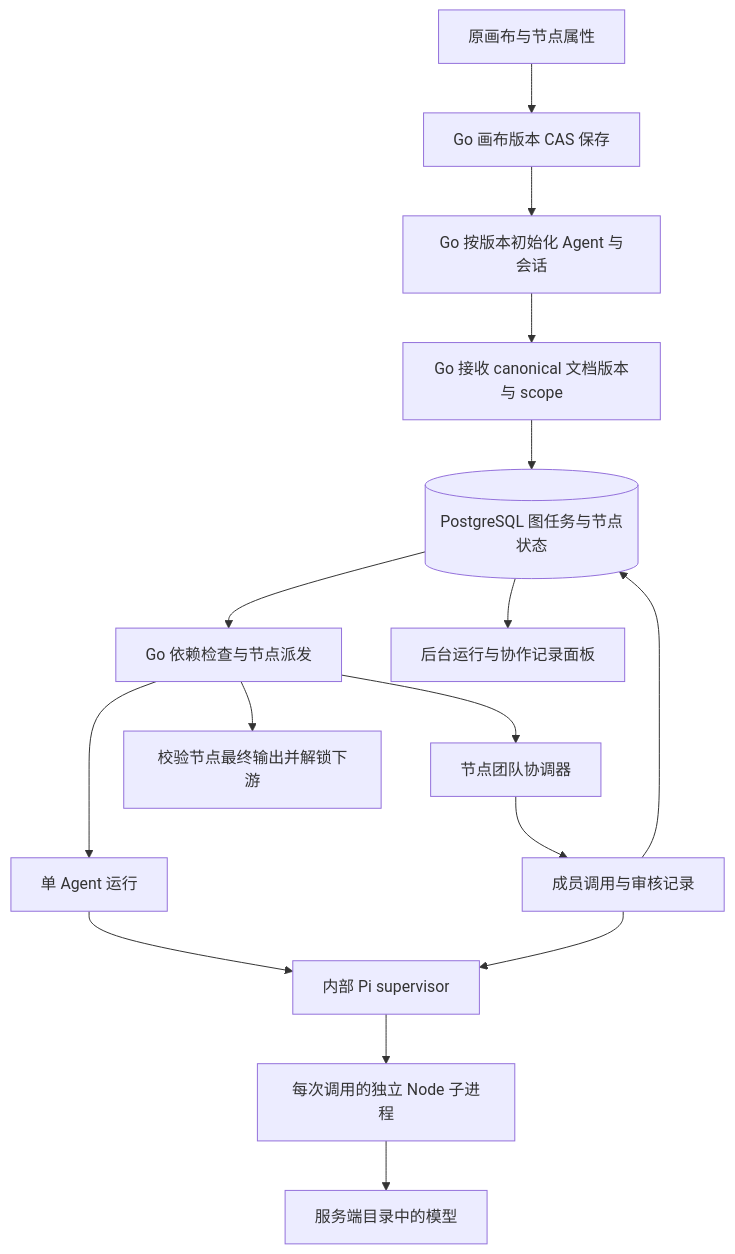
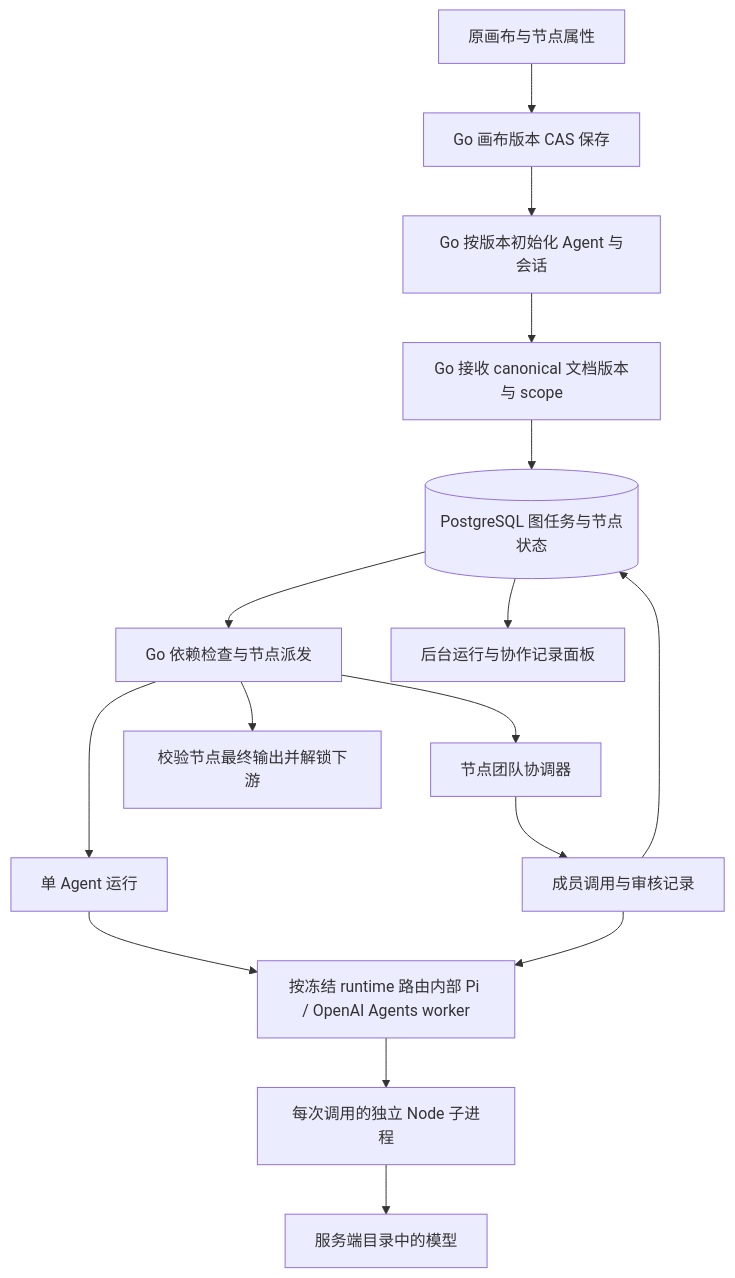
One commit to Clawhunt-Site/AwwO changed the diagram in docs/awwo-node-teams.md. Above: the diagram before and after it, drawn with Mermaid. The commit also changed other lines of this file and 10 other files, not shown here.

Commit message:
fix(graph): enforce frozen delivery contracts across agent personas

````diff
--- a/docs/awwo-node-teams.md
+++ b/docs/awwo-node-teams.md
@@ -11,18 +11,18 @@
 ```mermaid
 flowchart TD
   UI[原画布与节点属性] --> Save[Go 画布版本 CAS 保存]
   Save --> Setup[Go 按版本初始化 Agent 与会话]
   Setup --> Graph[Go 接收 canonical 文档版本与 scope]
   Graph --> DB[(PostgreSQL 图任务与节点状态)]
   DB --> DAG[Go 依赖检查与节点派发]
   DAG --> Single[单 Agent 运行]
   DAG --> Team[节点团队协调器]
   Team --> Turn[成员调用与审核记录]
-  Single --> Pi[内部 Pi supervisor]
-  Turn --> Pi
-  Pi --> Child[每次调用的独立 Node 子进程]
+  Single --> Worker[按冻结 runtime 路由内部 Pi / OpenAI Agents worker]
+  Turn --> Worker
+  Worker --> Child[每次调用的独立 Node 子进程]
   Child --> Model[服务端目录中的模型]
   Turn --> DB
   DAG --> Result[校验节点最终输出并解锁下游]
   DB --> View[后台运行与协作记录面板]
 ```
````
